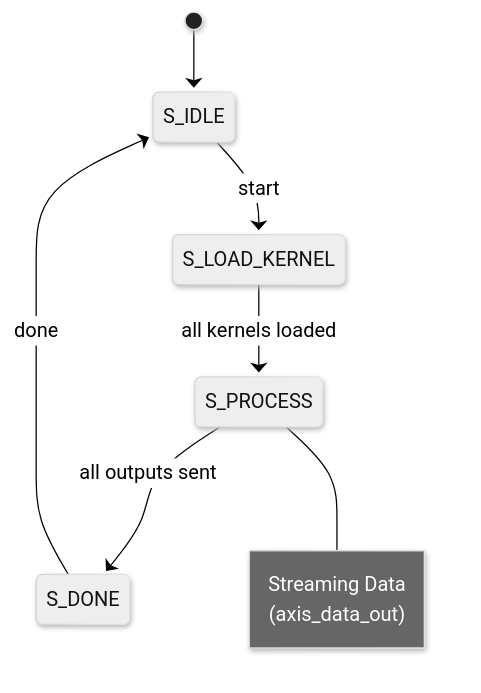
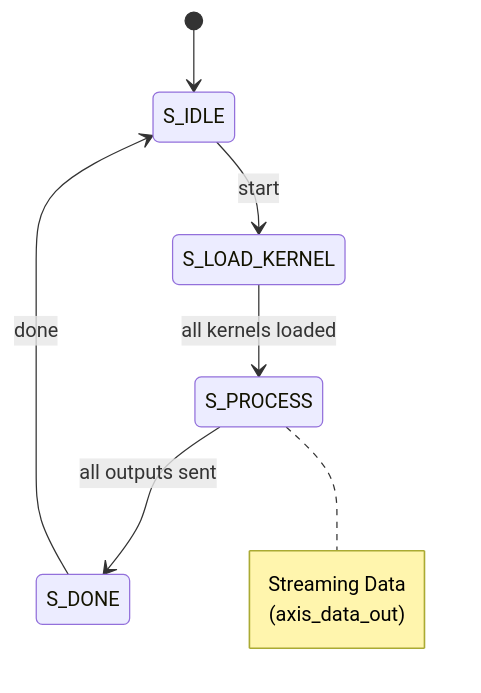
One commit to tom1209-netizen/vit-tiny-accelerator changed the first of 2 diagrams in fpga/docs/depthwise_conv_unit.md. Above: the diagram before and after it, drawn with Mermaid. The commit also changed 1 other file, not shown here.

Commit message:
Fix: mathjax error in README of ReLU and docs of depthwise conv

````diff
--- a/fpga/docs/depthwise_conv_unit.md
+++ b/fpga/docs/depthwise_conv_unit.md
@@ -161,19 +161,13 @@
 ```mermaid
----
-config:
-  layout: dagre
-  theme: neutral
-  look: neo
----
 stateDiagram
   direction TB
   [*] --> S_IDLE
   S_IDLE --> S_LOAD_KERNEL:start
   S_LOAD_KERNEL --> S_PROCESS:all kernels loaded
   S_PROCESS --> S_DONE:all outputs sent
   S_DONE --> S_IDLE:done
   note right of S_PROCESS 
   Streaming Data
         (axis_data_out)
   end note
 ```
````
